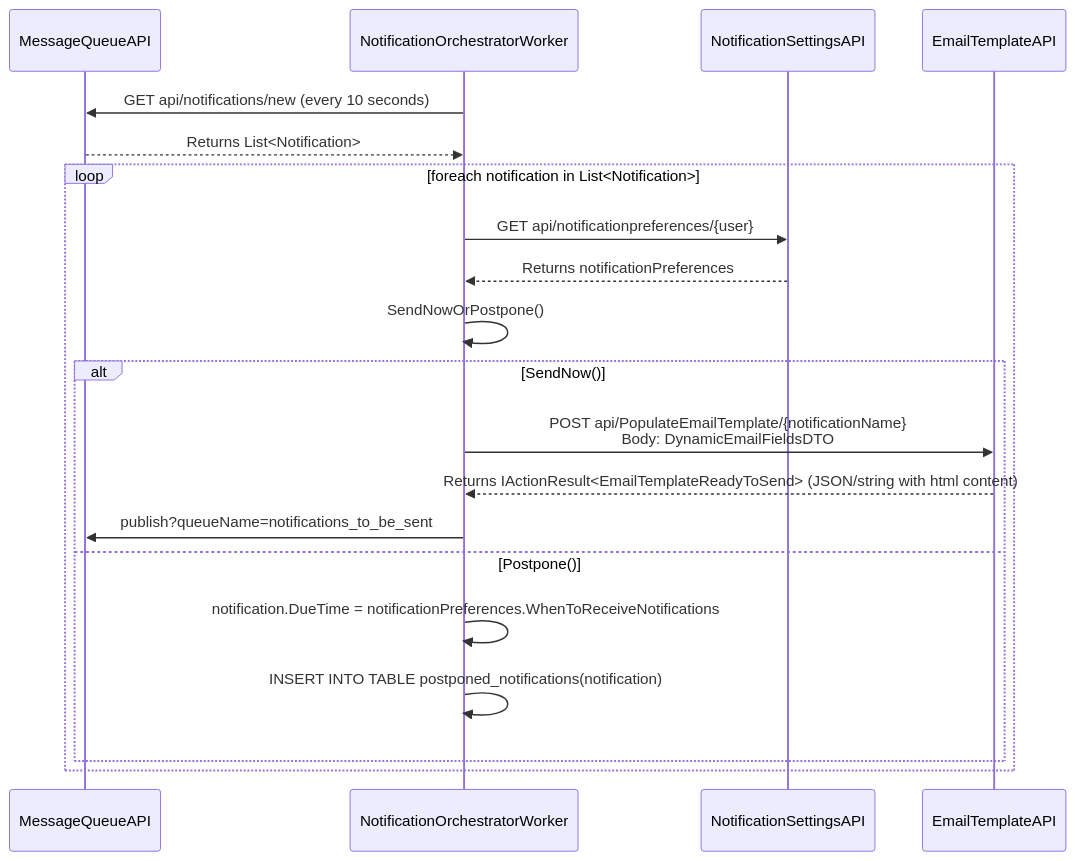
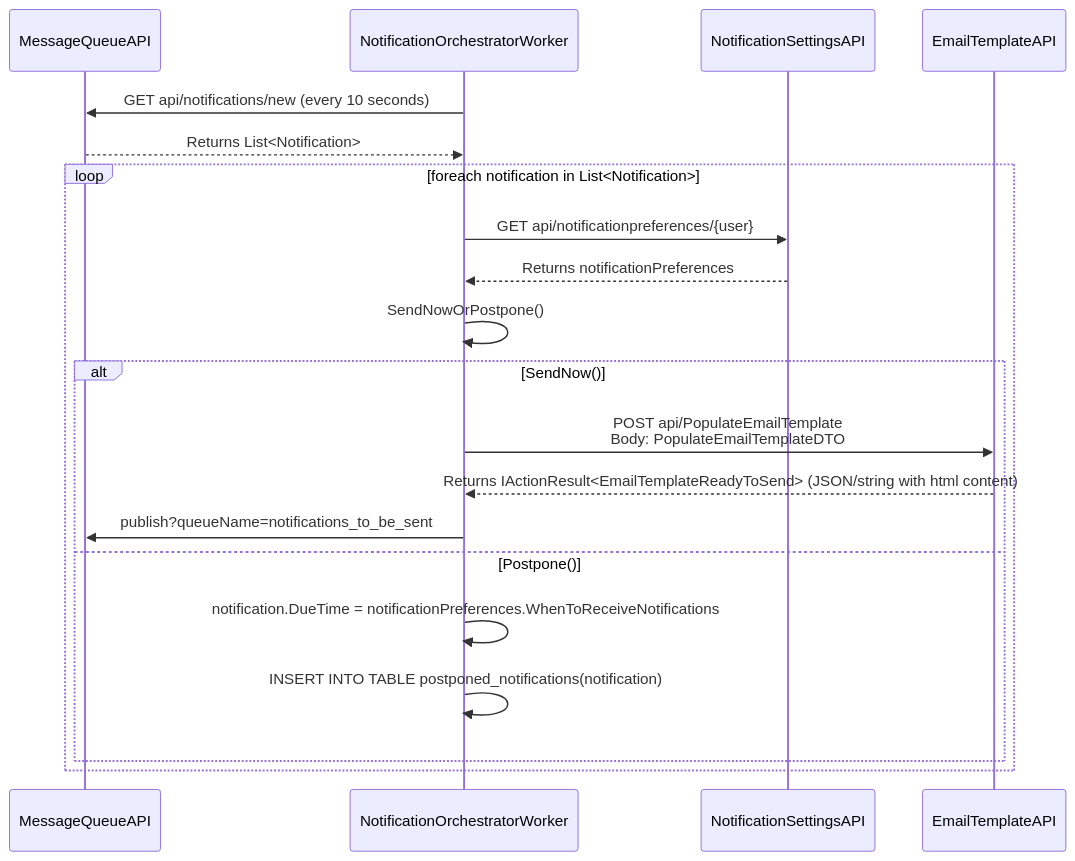
The second of 4 diagrams in Diagrams/SequenceDiagrams.md (rasmusulriksen/BachelorsProject), drawn with Mermaid before and after one commit. The commit also changed 9 other files, not shown here.

Commit message:
Made some boilerplate in EmailTemplateService. Made AS-IS vs TO-BE sequence diagrams displaying the eventual consistency issues in the current alfresco+solr implementation

````diff
--- a/Diagrams/SequenceDiagrams.md
+++ b/Diagrams/SequenceDiagrams.md
@@ -37,23 +37,23 @@
 ```mermaid
 sequenceDiagram
     participant MessageQueueAPI
     participant NotificationOrchestratorWorker
     participant NotificationSettingsAPI
     participant EmailTemplateAPI
 
     NotificationOrchestratorWorker->>MessageQueueAPI: GET api/notifications/new (every 10 seconds)
     MessageQueueAPI-->>NotificationOrchestratorWorker: Returns List<Notification>
     loop foreach notification in List<Notification>
         NotificationOrchestratorWorker->>NotificationSettingsAPI: GET api/notificationpreferences/{user}
         NotificationSettingsAPI-->>NotificationOrchestratorWorker: Returns notificationPreferences
         NotificationOrchestratorWorker->>NotificationOrchestratorWorker: SendNowOrPostpone()
         alt SendNow()
-            NotificationOrchestratorWorker->>EmailTemplateAPI: POST api/PopulateEmailTemplate/{notificationName} <br> Body: DynamicEmailFieldsDTO
+            NotificationOrchestratorWorker->>EmailTemplateAPI: POST api/PopulateEmailTemplate <br> Body: PopulateEmailTemplateDTO
             EmailTemplateAPI-->>NotificationOrchestratorWorker: Returns IActionResult<EmailTemplateReadyToSend> (JSON/string with html content)
             NotificationOrchestratorWorker->>MessageQueueAPI: publish?queueName=notifications_to_be_sent
         else Postpone()
             NotificationOrchestratorWorker->>NotificationOrchestratorWorker: notification.DueTime = notificationPreferences.WhenToReceiveNotifications
             NotificationOrchestratorWorker->>NotificationOrchestratorWorker: INSERT INTO TABLE postponed_notifications(notification)
         end 
     end
 ```
````
